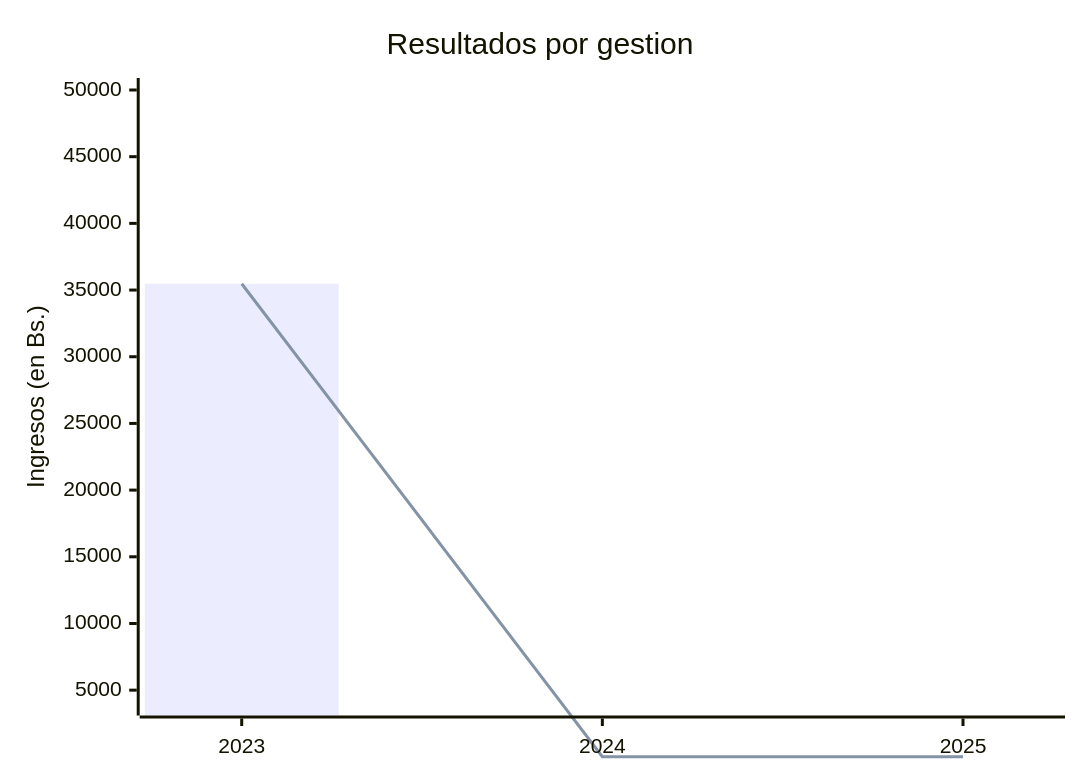
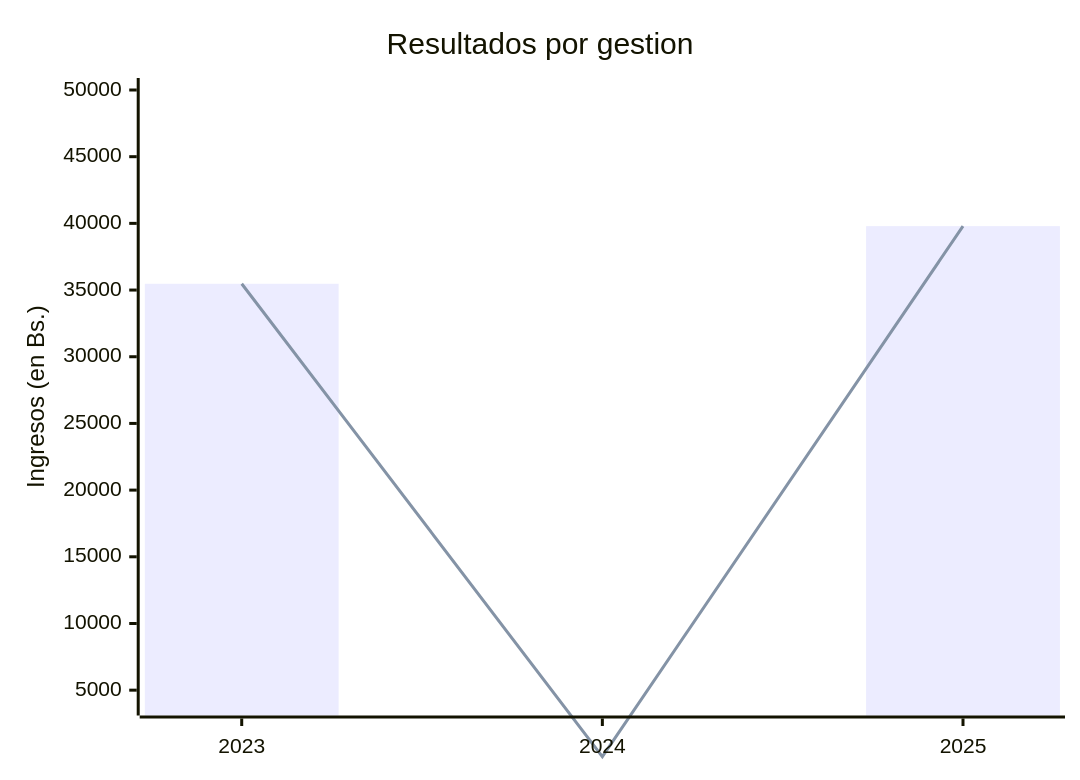
One commit to Condominio-Santa-Maria/.github changed the diagram in profile/README.md. Above: the diagram before and after it, drawn with Mermaid.

````diff
--- a/profile/README.md
+++ b/profile/README.md
@@ -17,9 +17,9 @@
 ```mermaid
 xychart-beta
     title "Resultados por gestion"
     x-axis [2023, 2024, 2025]
     y-axis "Ingresos (en Bs.)" 4000 --> 50000
-    bar [35472,13, 0, 0]
-    line [35472,13, 0, 0]
+    bar [35472,13, 39793.89, 0]
+    line [35472,13, 39793.89, 0]
 
 ```
````
